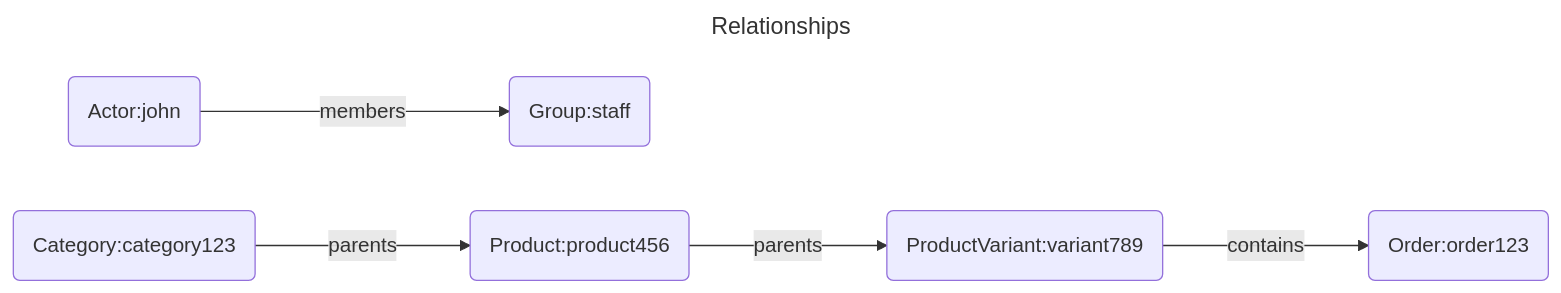
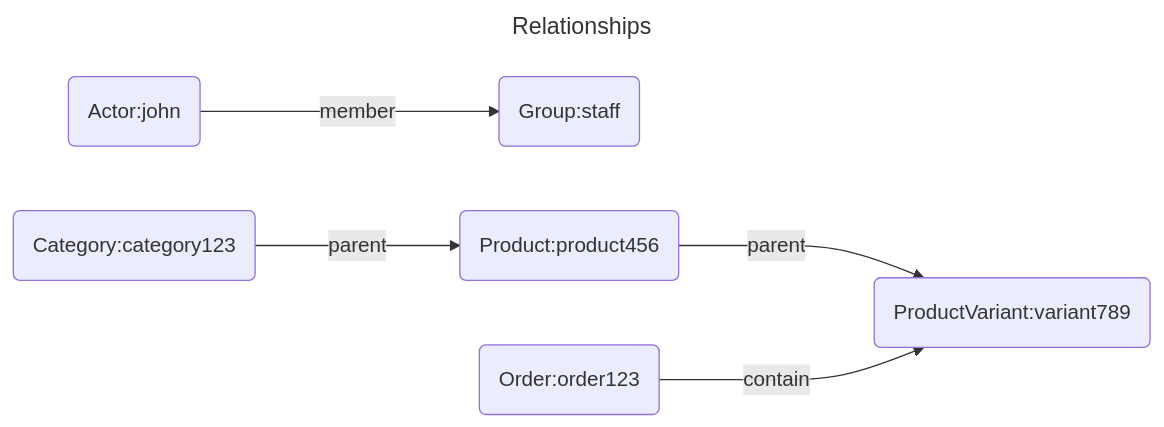
One commit to juliuskrah/simple-commerce changed the second of 3 diagrams in keto/permissions.md. Above: the diagram before and after it, drawn with Mermaid. The commit also changed other lines of this file and 10 other files, not shown here.

````diff
--- a/keto/permissions.md
+++ b/keto/permissions.md
@@ -60,16 +60,16 @@
 ```mermaid
 ---
 title: Relationships
 ---
 flowchart LR
-    actors---> |members| groups
-    products---> |parents| product_variants
-    product_variants---> |contains| orders
-    categories---> |parents| products
+    actors---> |member| groups
+    products---> |parent| product_variants
+    orders---> |contain| product_variants
+    categories---> |parent| products
     actors(Actor:john)
     products(Product:product456)
     product_variants(ProductVariant:variant789)
     orders(Order:order123)
     categories(Category:category123)
     groups(Group:staff)
 ```
````
